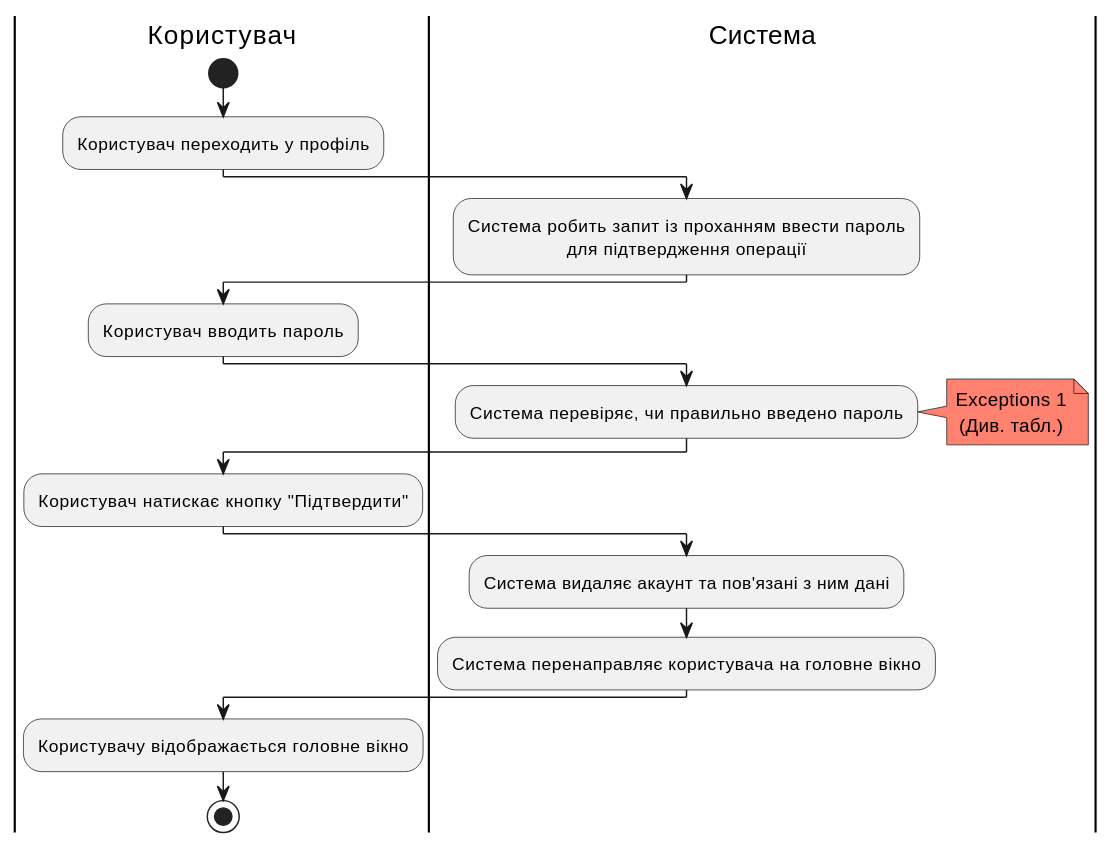
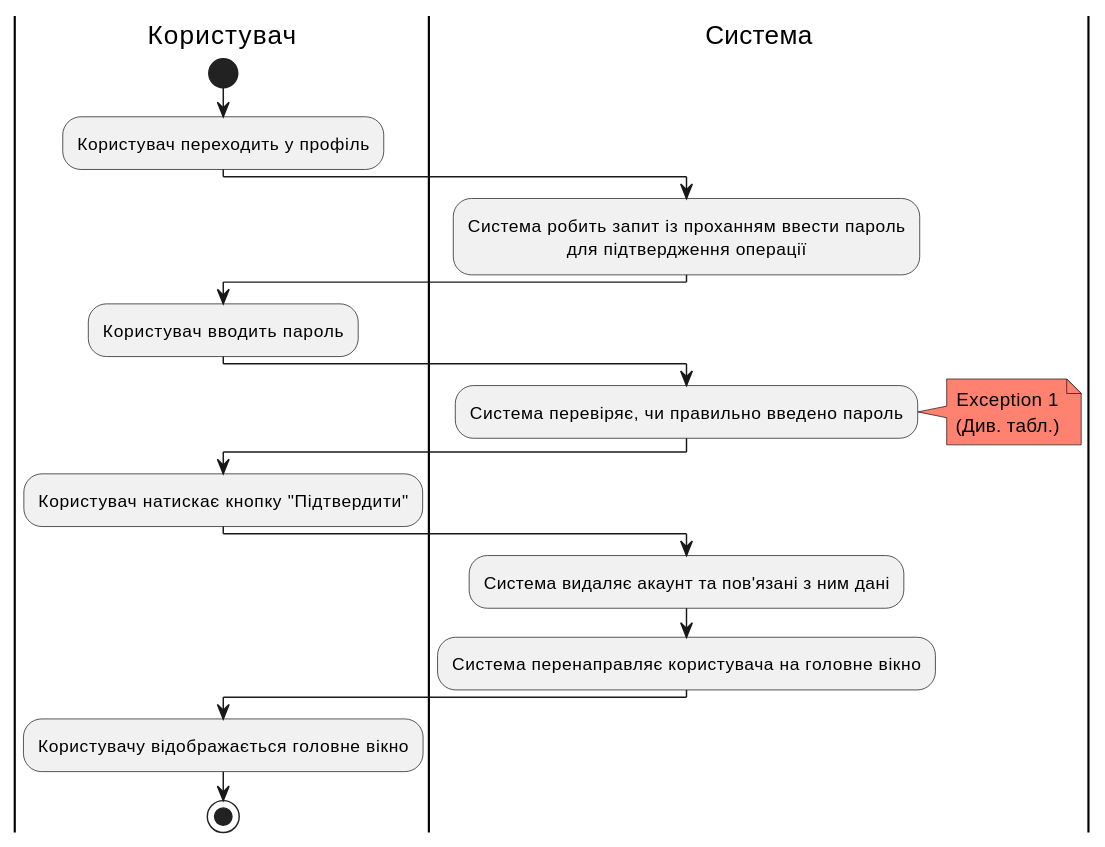
The third of 3 diagrams in docs/use_cases.md (generalmaks/db_labs), drawn with PlantUML before and after one commit.

Commit message:
some fixes

````diff
--- a/docs/use_cases.md
+++ b/docs/use_cases.md
@@ -129,37 +129,37 @@
 ```plantuml
 @startuml
 |Користувач|
 start
 skinparam defaultTextAlignment center
 
 |Користувач|
 :Користувач переходить у профіль;
 
 
 |Система|
 :Система робить запит із проханням ввести пароль 
 для підтвердження операції;
 
 |Користувач|
 :Користувач вводить пароль;
 
 |Система|
 :Система перевіряє, чи правильно введено пароль;
 note right #ff8170
-Exceptions 1
+Exception 1
 (Див. табл.)
 end note
 
 |Користувач|
 :Користувач натискає кнопку "Підтвердити";
 
 |Система|
 :Система видаляє акаунт та пов'язані з ним дані;
 :Система перенаправляє користувача на головне вікно;
 
 |Користувач|
 :Користувачу відображається головне вікно;
 
 stop
 @enduml
 ```
````
